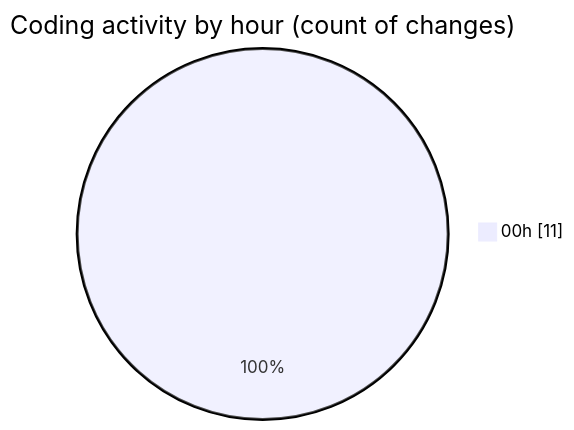
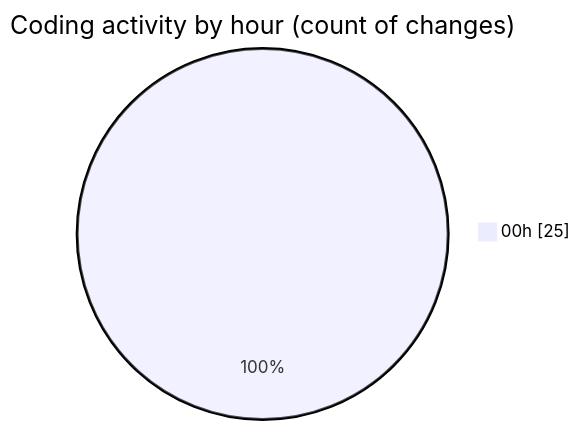
One commit to ernivani/code-tracking changed the second of 2 diagrams in 2025-01-04/my-code-activity-ext/README.md. Above: the diagram before and after it, drawn with Mermaid. The commit also changed other lines of this file and 1 other file, not shown here.

````diff
--- a/2025-01-04/my-code-activity-ext/README.md
+++ b/2025-01-04/my-code-activity-ext/README.md
@@ -34,5 +43,5 @@
 ```mermaid
 pie showData
 title Coding activity by hour (count of changes)
-"00h" : 11
+"00h" : 25
 ```
````
